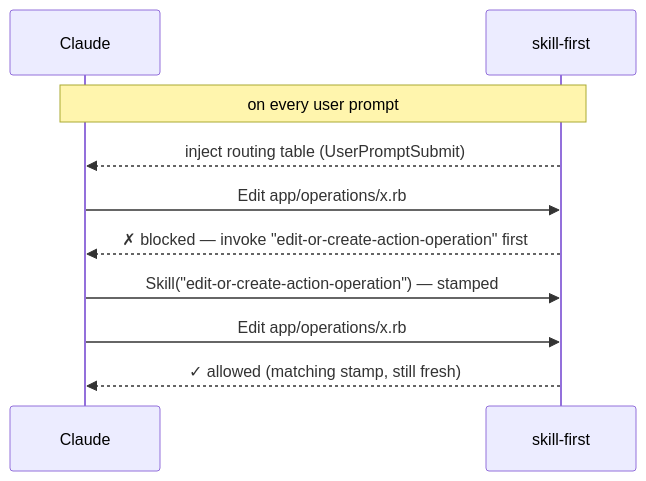
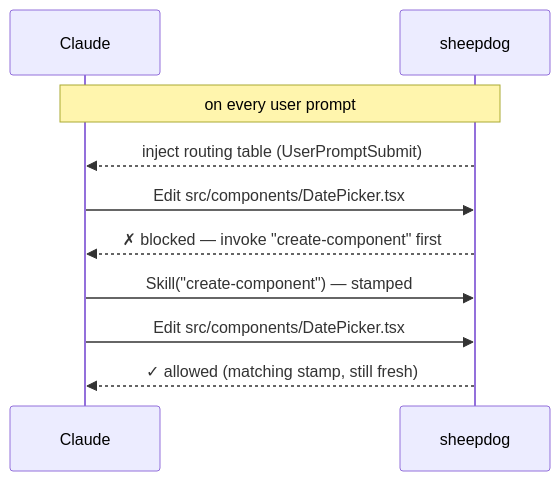
The diagram in README.md (avantsoftware/sheepdog), drawn with Mermaid before and after one commit. The commit also changed other lines of this file and 11 other files, not shown here.

````diff
--- a/README.md
+++ b/README.md
@@ -52,12 +122,12 @@
 ```mermaid
 sequenceDiagram
     participant Claude
-    participant Gate as skill-first
-    Note over Claude,Gate: on every user prompt
-    Gate-->>Claude: inject routing table (UserPromptSubmit)
-    Claude->>Gate: Edit app/operations/x.rb
-    Gate-->>Claude: ✗ blocked — invoke "edit-or-create-action-operation" first
-    Claude->>Gate: Skill("edit-or-create-action-operation") — stamped
-    Claude->>Gate: Edit app/operations/x.rb
-    Gate-->>Claude: ✓ allowed (matching stamp, still fresh)
+    participant Dog as sheepdog
+    Note over Claude,Dog: on every user prompt
+    Dog-->>Claude: inject routing table (UserPromptSubmit)
+    Claude->>Dog: Edit src/components/DatePicker.tsx
+    Dog-->>Claude: ✗ blocked — invoke "create-component" first
+    Claude->>Dog: Skill("create-component") — stamped
+    Claude->>Dog: Edit src/components/DatePicker.tsx
+    Dog-->>Claude: ✓ allowed (matching stamp, still fresh)
 ```
````
